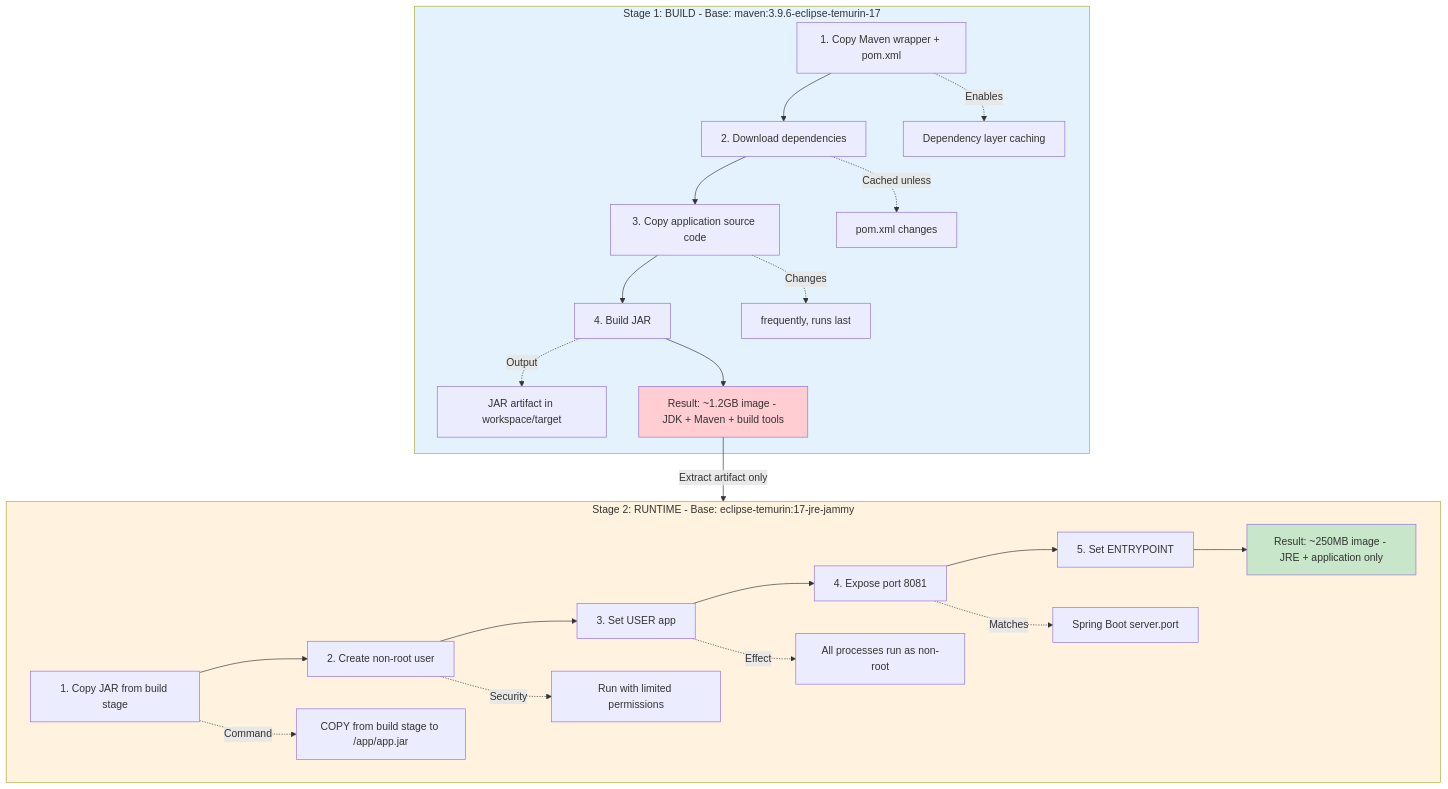
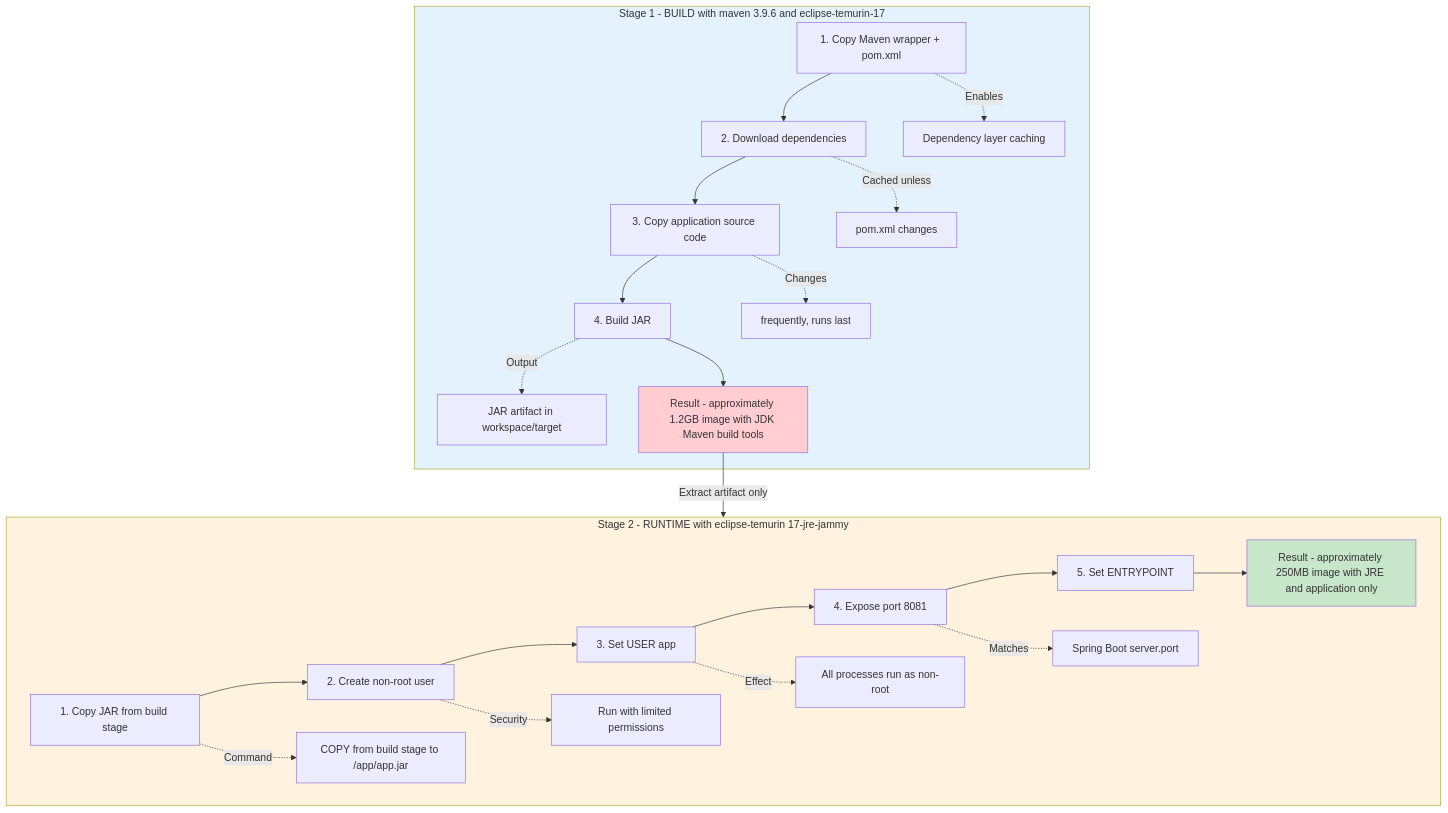
Before and after one commit to Keglev/stockease: the diagram in docs/architecture/deployment/docker-strategy.md, drawn with Mermaid. The commit also changed 3 other files, not shown here.

Commit message:
fix: Remove special characters from unquoted mermaid node labels

````diff
--- a/docs/architecture/deployment/docker-strategy.md
+++ b/docs/architecture/deployment/docker-strategy.md
@@ -11,36 +11,36 @@
 ```mermaid
 graph TD
-    subgraph Stage1["Stage 1: BUILD - Base: maven:3.9.6-eclipse-temurin-17"]
-        B1[1. Copy Maven wrapper + pom.xml] --> B2[2. Download dependencies]
+    subgraph Stage1["Stage 1 - BUILD with maven 3.9.6 and eclipse-temurin-17"]
+        B1["1. Copy Maven wrapper + pom.xml"] --> B2[2. Download dependencies]
         B2 --> B3[3. Copy application source code]
         B3 --> B4[4. Build JAR]
         
         B1 -.->|Enables| B1A[Dependency layer caching]
         B2 -.->|Cached unless| B2A[pom.xml changes]
         B3 -.->|Changes| B3A[frequently, runs last]
         B4 -.->|Output| B4A[JAR artifact in workspace/target]
         
-        B4 --> Result1[Result: ~1.2GB image - JDK + Maven + build tools]
+        B4 --> Result1[Result - approximately 1.2GB image with JDK Maven build tools]
     end
     
     Result1 -->|Extract artifact only| Stage2
     
-    subgraph Stage2["Stage 2: RUNTIME - Base: eclipse-temurin:17-jre-jammy"]
+    subgraph Stage2["Stage 2 - RUNTIME with eclipse-temurin 17-jre-jammy"]
         R1[1. Copy JAR from build stage] --> R2[2. Create non-root user]
         R2 --> R3[3. Set USER app]
         R3 --> R4[4. Expose port 8081]
         R4 --> R5[5. Set ENTRYPOINT]
         
         R1 -.->|Command| R1A[COPY from build stage to /app/app.jar]
         R2 -.->|Security| R2A[Run with limited permissions]
         R3 -.->|Effect| R3A[All processes run as non-root]
         R4 -.->|Matches| R4A[Spring Boot server.port]
         
-        R5 --> Result2[Result: ~250MB image - JRE + application only]
+        R5 --> Result2[Result - approximately 250MB image with JRE and application only]
     end
     
     style Stage1 fill:#e3f2fd
     style Stage2 fill:#fff3e0
     style Result1 fill:#ffcdd2
     style Result2 fill:#c8e6c9
 ```
````
